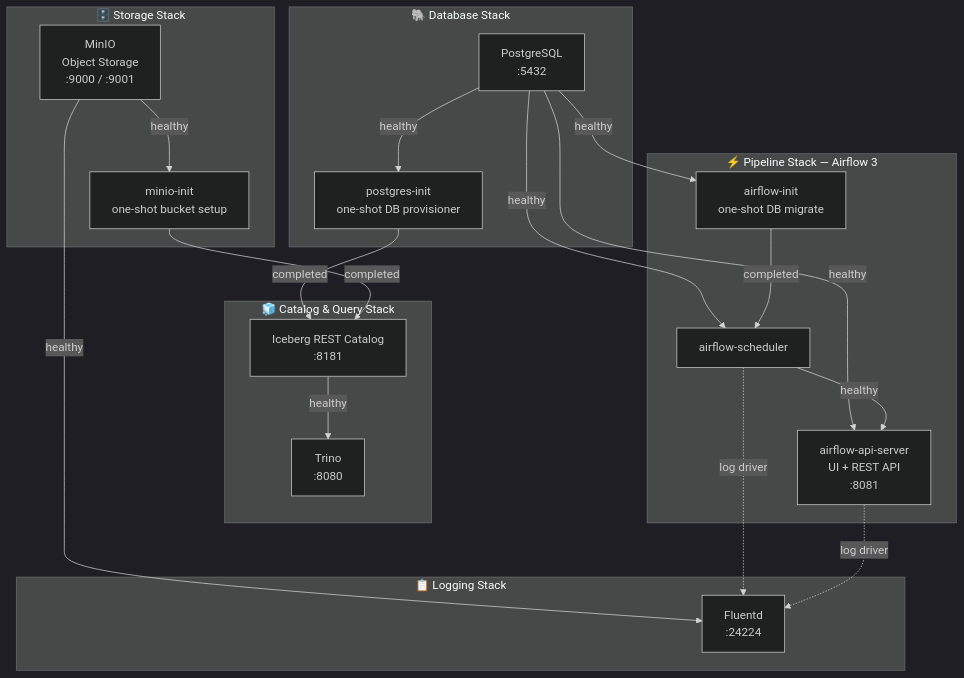
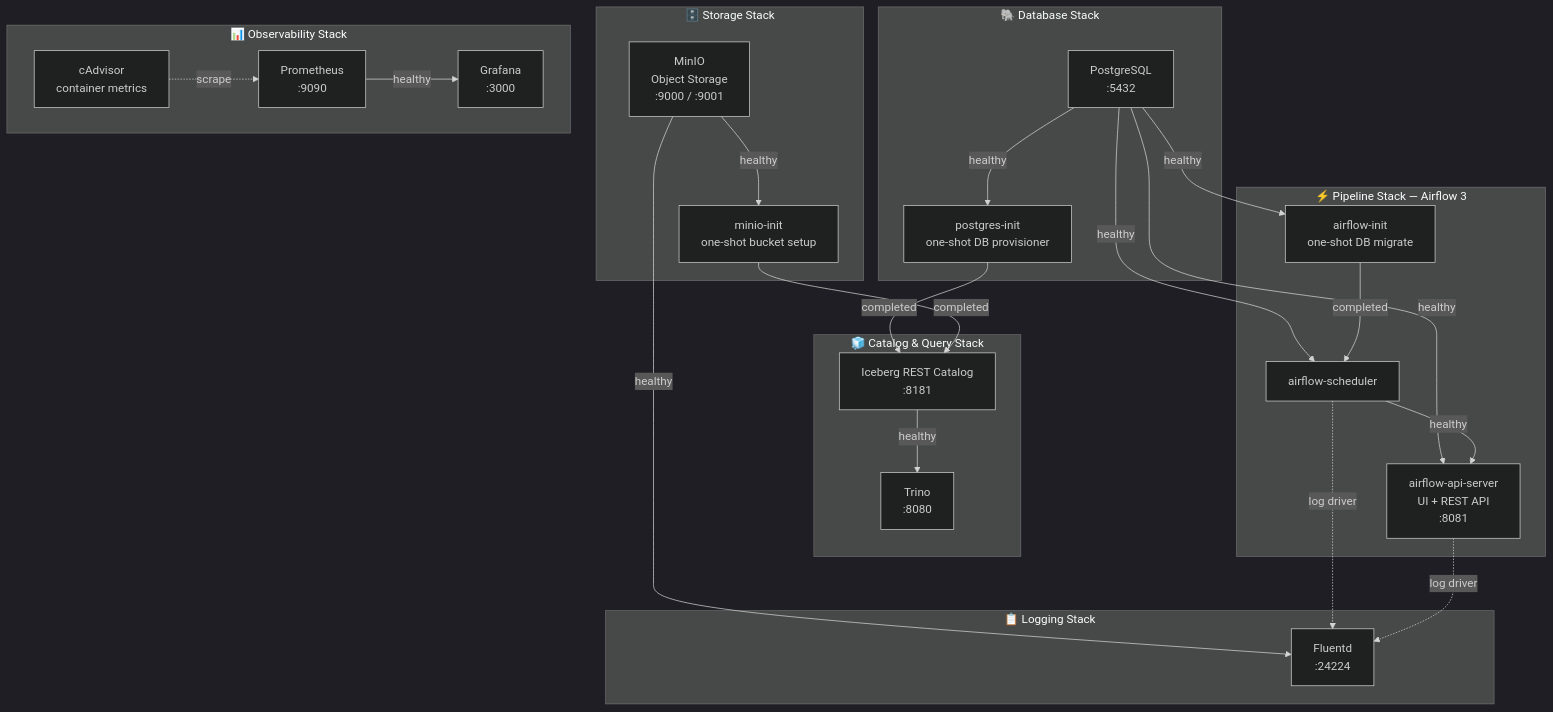
The diagram in README.md (avikbesu/local-infra-setup), drawn with Mermaid (dark theme) before and after one commit. The commit also changed other lines of this file and 10 other files, not shown here.

First line of the commit message:
feat: add observability stack (Prometheus + Grafana + cAdvisor) (#58)

````diff
--- a/README.md
+++ b/README.md
@@ -132,45 +134,54 @@
 ```mermaid
 flowchart TD
     subgraph STORAGE["🗄️ Storage Stack"]
         minio["MinIO\nObject Storage\n:9000 / :9001"]
         minio_init["minio-init\none-shot bucket setup"]
     end
 
     subgraph DB["🐘 Database Stack"]
         postgres["PostgreSQL\n:5432"]
         postgres_init["postgres-init\none-shot DB provisioner"]
     end
 
     subgraph CATALOG["🧊 Catalog & Query Stack"]
         iceberg_rest["Iceberg REST Catalog\n:8181"]
         trino["Trino\n:8080"]
     end
 
     subgraph LOGGING["📋 Logging Stack"]
         fluentd["Fluentd\n:24224"]
     end
 
     subgraph PIPELINE["⚡ Pipeline Stack — Airflow 3"]
         airflow_init["airflow-init\none-shot DB migrate"]
         airflow_scheduler["airflow-scheduler"]
         airflow_api["airflow-api-server\nUI + REST API\n:8081"]
     end
 
+    subgraph OBS["📊 Observability Stack"]
+        cadvisor["cAdvisor\ncontainer metrics"]
+        prometheus["Prometheus\n:9090"]
+        grafana["Grafana\n:3000"]
+    end
+
     minio          -- "healthy"    --> minio_init
     minio          -- "healthy"    --> fluentd
 
     postgres       -- "healthy"    --> postgres_init
     postgres       -- "healthy"    --> airflow_init
     postgres       -- "healthy"    --> airflow_scheduler
     postgres       -- "healthy"    --> airflow_api
 
     postgres_init  -- "completed"  --> iceberg_rest
     minio_init     -- "completed"  --> iceberg_rest
     iceberg_rest   -- "healthy"    --> trino
 
     airflow_init   -- "completed"  --> airflow_scheduler
     airflow_scheduler -- "healthy" --> airflow_api
 
     airflow_scheduler -. "log driver" .-> fluentd
     airflow_api       -. "log driver" .-> fluentd
+
+    cadvisor       -. "scrape"     .-> prometheus
+    prometheus     -- "healthy"    --> grafana
 ```
````
